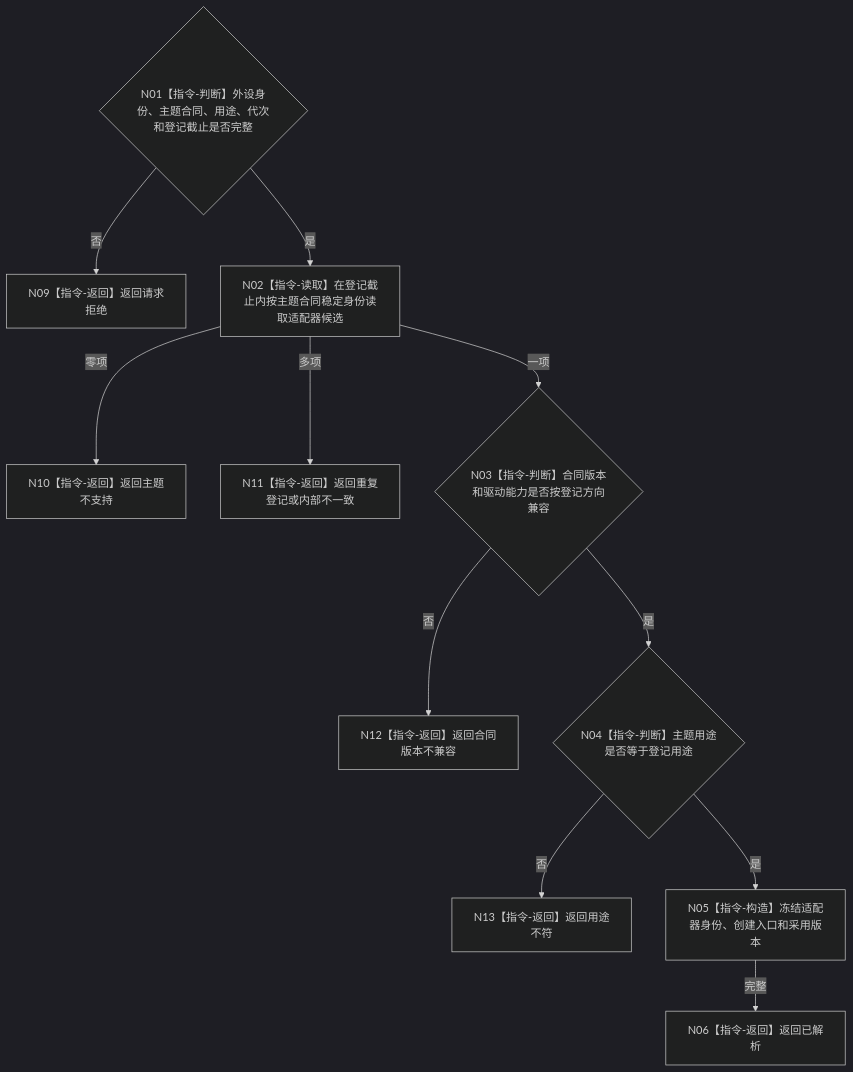
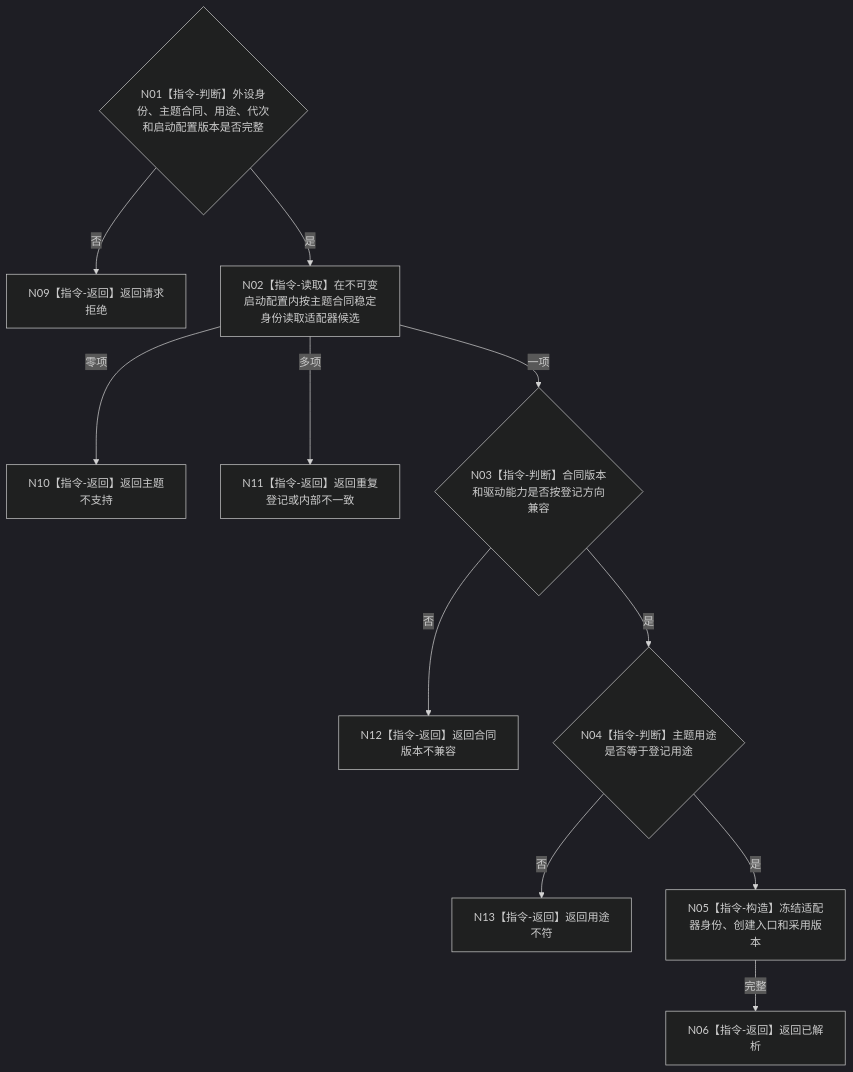
Before and after one commit to chunhaizh-cyber/HY-Ego: the diagram in 流程图/目标业务流程图/L4/BIZ-L4-001-07-01-01_解析已登记外设主题启动适配器_目标函数流程图_v0.1.md, drawn with Mermaid (dark theme). The commit also changed other lines of this file and 17 other files, not shown here.

````diff
--- a/流程图/目标业务流程图/L4/BIZ-L4-001-07-01-01_解析已登记外设主题启动适配器_目标函数流程图_v0.1.md
+++ b/流程图/目标业务流程图/L4/BIZ-L4-001-07-01-01_解析已登记外设主题启动适配器_目标函数流程图_v0.1.md
@@ -30,13 +30,13 @@
 ```mermaid
 flowchart TD
-    N01{"N01【指令-判断】外设身份、主题合同、用途、代次和登记截止是否完整"} -->|否| N09["N09【指令-返回】返回请求拒绝"]
-    N01 -->|是| N02["N02【指令-读取】在登记截止内按主题合同稳定身份读取适配器候选"]
+    N01{"N01【指令-判断】外设身份、主题合同、用途、代次和启动配置版本是否完整"} -->|否| N09["N09【指令-返回】返回请求拒绝"]
+    N01 -->|是| N02["N02【指令-读取】在不可变启动配置内按主题合同稳定身份读取适配器候选"]
     N02 -->|零项| N10["N10【指令-返回】返回主题不支持"]
     N02 -->|多项| N11["N11【指令-返回】返回重复登记或内部不一致"]
     N02 -->|一项| N03{"N03【指令-判断】合同版本和驱动能力是否按登记方向兼容"}
     N03 -->|否| N12["N12【指令-返回】返回合同版本不兼容"]
     N03 -->|是| N04{"N04【指令-判断】主题用途是否等于登记用途"}
     N04 -->|否| N13["N13【指令-返回】返回用途不符"]
     N04 -->|是| N05["N05【指令-构造】冻结适配器身份、创建入口和采用版本"]
     N05 -->|完整| N06["N06【指令-返回】返回已解析"]
 ```
````
